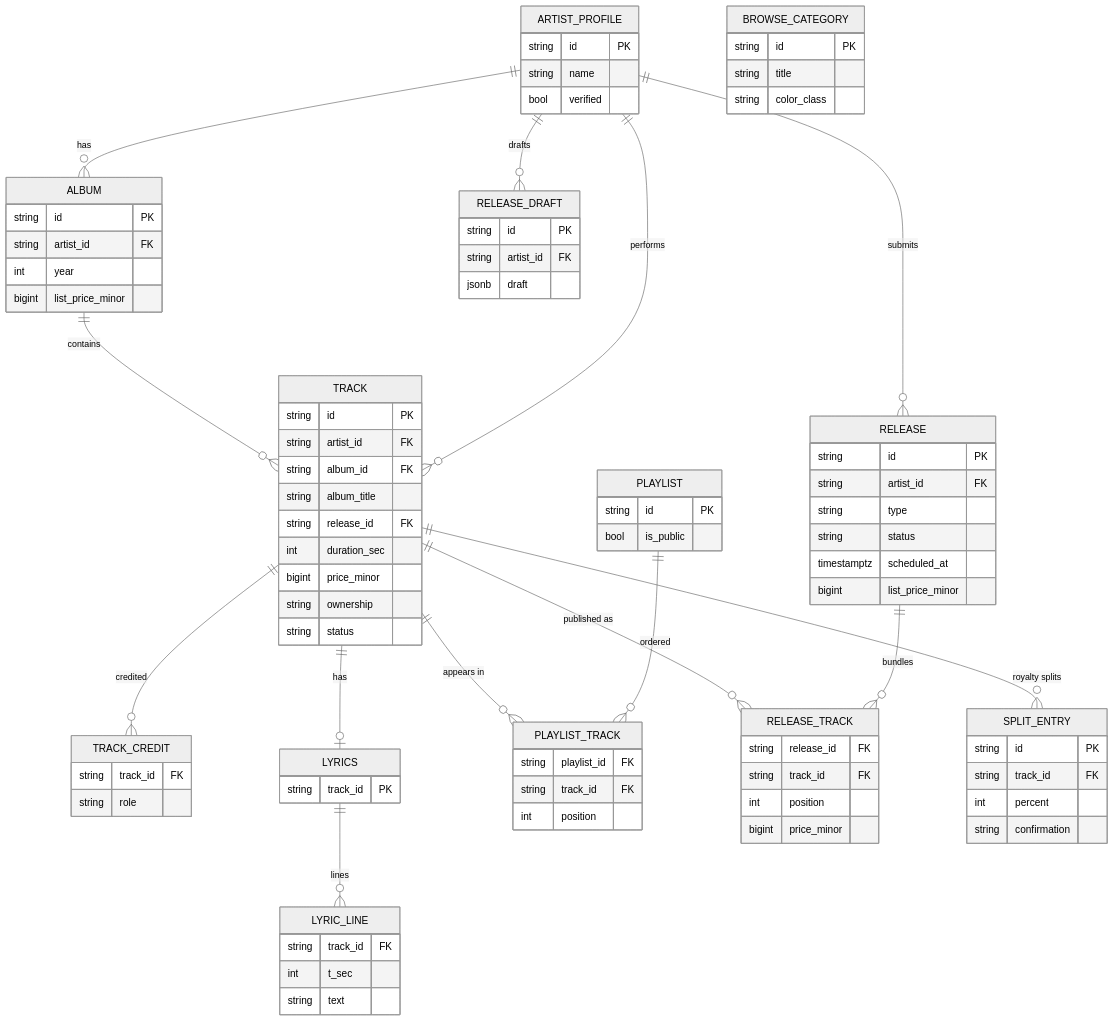
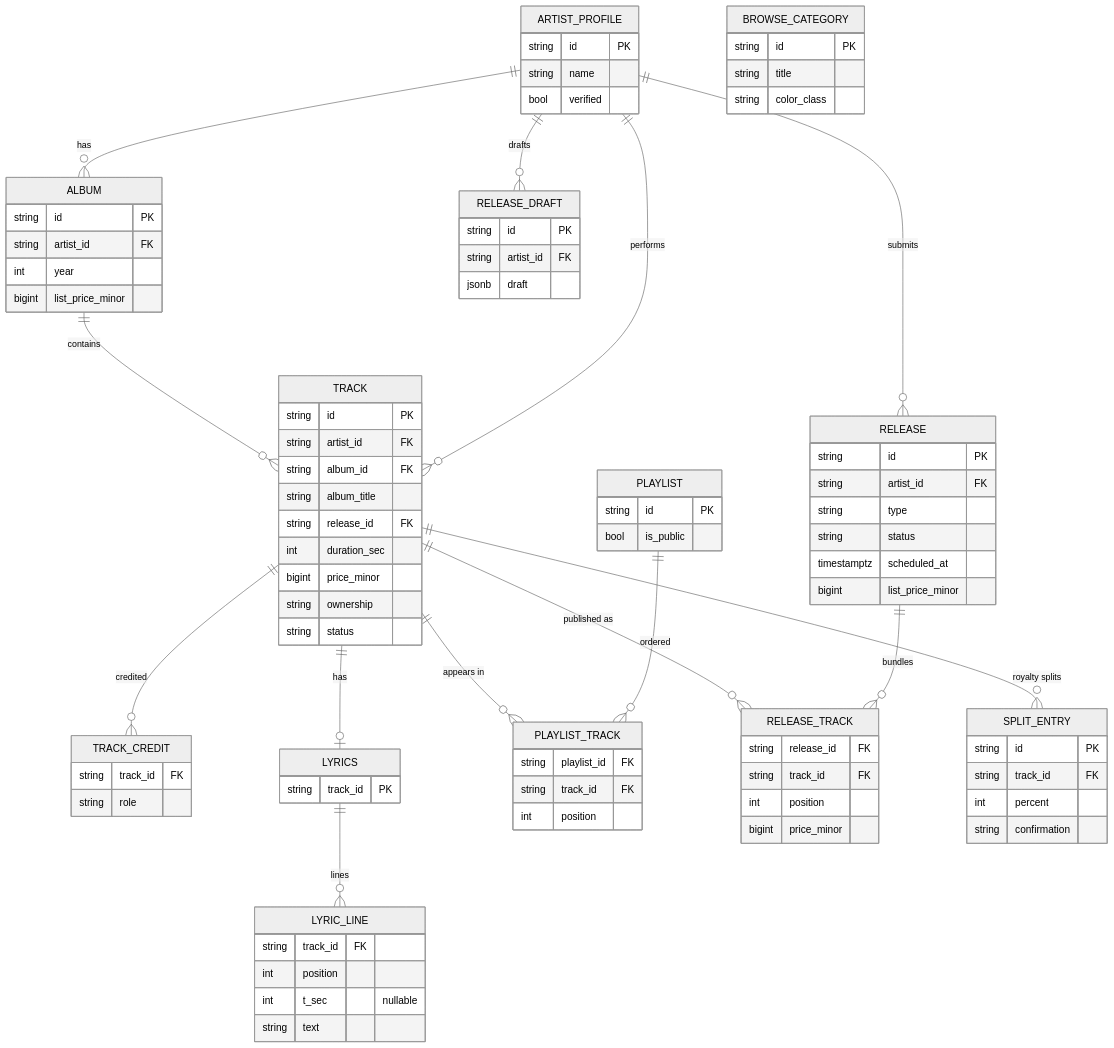
One commit to Shakvilla/beatzmedia changed the second of 4 diagrams in backend/docs/architecture/catalog.md. Above: the diagram before and after it, drawn with Mermaid (neutral theme). The commit also changed other lines of this file and 23 other files, not shown here.

```diff
--- a/backend/docs/architecture/catalog.md
+++ b/backend/docs/architecture/catalog.md
@@ -211,7 +211,8 @@
   }
   LYRIC_LINE {
     string track_id FK
-    int t_sec
+    int position
+    int t_sec "nullable"
     string text
   }
   PLAYLIST {
```
